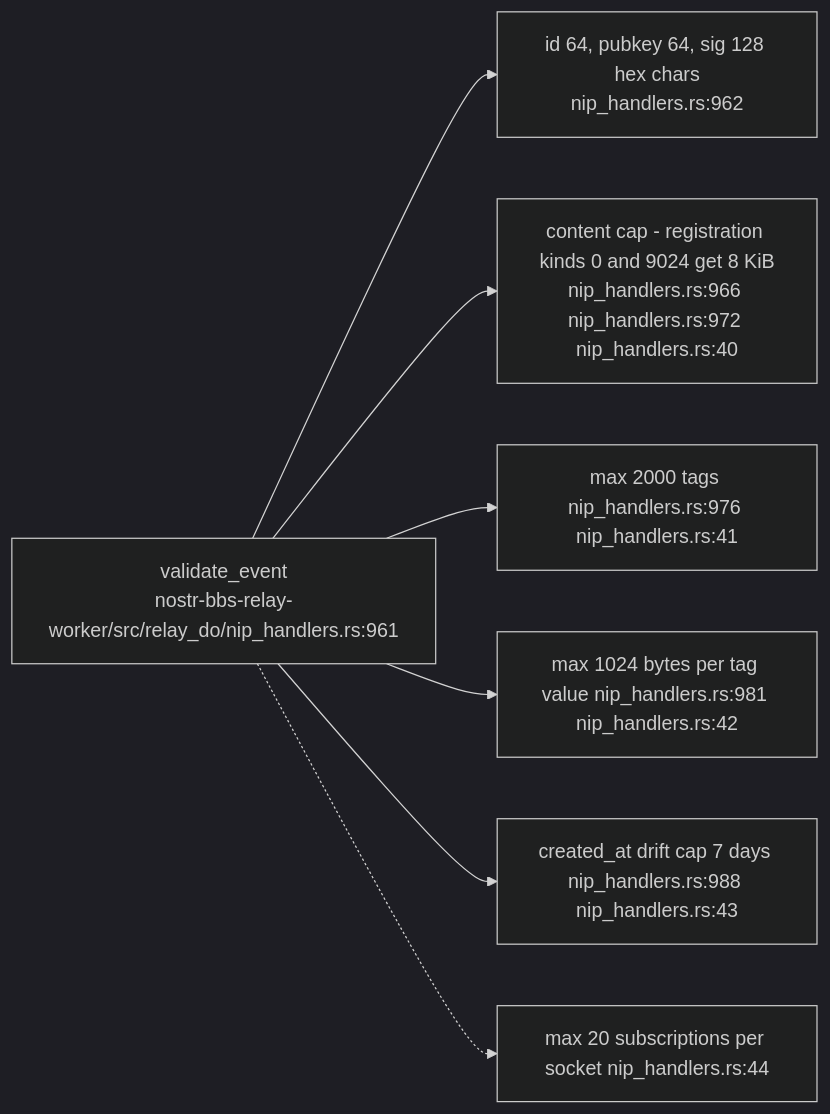
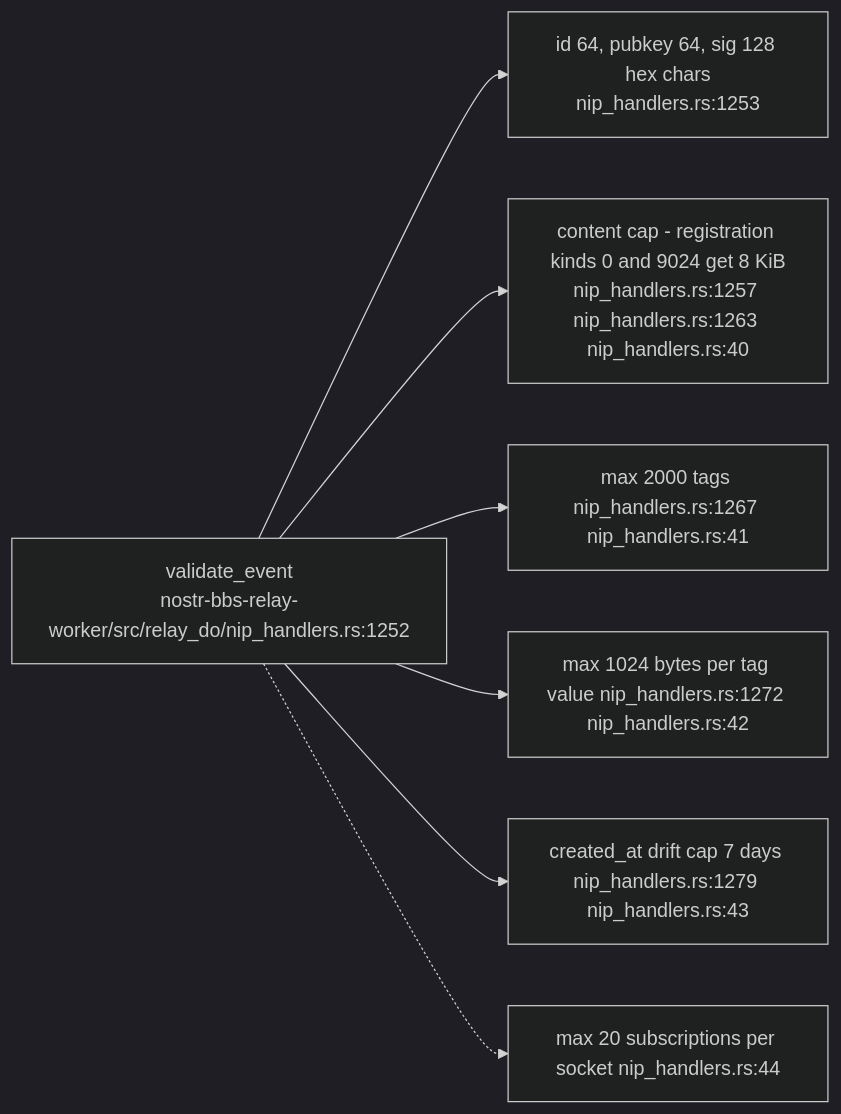
Before and after one commit to DreamLab-AI/VisionFlow: diagram 11 of 14 in docs/diagrams/nostr-rust-forum/03-relay-worker-admission-auth-and-trust.md, drawn with Mermaid (dark theme). The commit also changed other lines of this file and 11 other files, not shown here.

````diff
--- a/docs/diagrams/nostr-rust-forum/03-relay-worker-admission-auth-and-trust.md
+++ b/docs/diagrams/nostr-rust-forum/03-relay-worker-admission-auth-and-trust.md
@@ -297,13 +302,13 @@
 ```mermaid
 flowchart LR
-    V["validate_event<br/>nostr-bbs-relay-worker/src/relay_do/nip_handlers.rs:961"]
-    L1["id 64, pubkey 64, sig 128 hex chars<br/>nip_handlers.rs:962"]
-    L2["content cap - registration kinds 0 and 9024 get 8 KiB<br/>nip_handlers.rs:966 nip_handlers.rs:972 nip_handlers.rs:40"]
-    L3["max 2000 tags nip_handlers.rs:976 nip_handlers.rs:41"]
-    L4["max 1024 bytes per tag value nip_handlers.rs:981 nip_handlers.rs:42"]
-    L5["created_at drift cap 7 days nip_handlers.rs:988 nip_handlers.rs:43"]
+    V["validate_event<br/>nostr-bbs-relay-worker/src/relay_do/nip_handlers.rs:1252"]
+    L1["id 64, pubkey 64, sig 128 hex chars<br/>nip_handlers.rs:1253"]
+    L2["content cap - registration kinds 0 and 9024 get 8 KiB<br/>nip_handlers.rs:1257 nip_handlers.rs:1263 nip_handlers.rs:40"]
+    L3["max 2000 tags nip_handlers.rs:1267 nip_handlers.rs:41"]
+    L4["max 1024 bytes per tag value nip_handlers.rs:1272 nip_handlers.rs:42"]
+    L5["created_at drift cap 7 days nip_handlers.rs:1279 nip_handlers.rs:43"]
     L6["max 20 subscriptions per socket nip_handlers.rs:44"]
 
     V --> L1 & L2 & L3 & L4 & L5
     V -.-> L6
 ```
````
